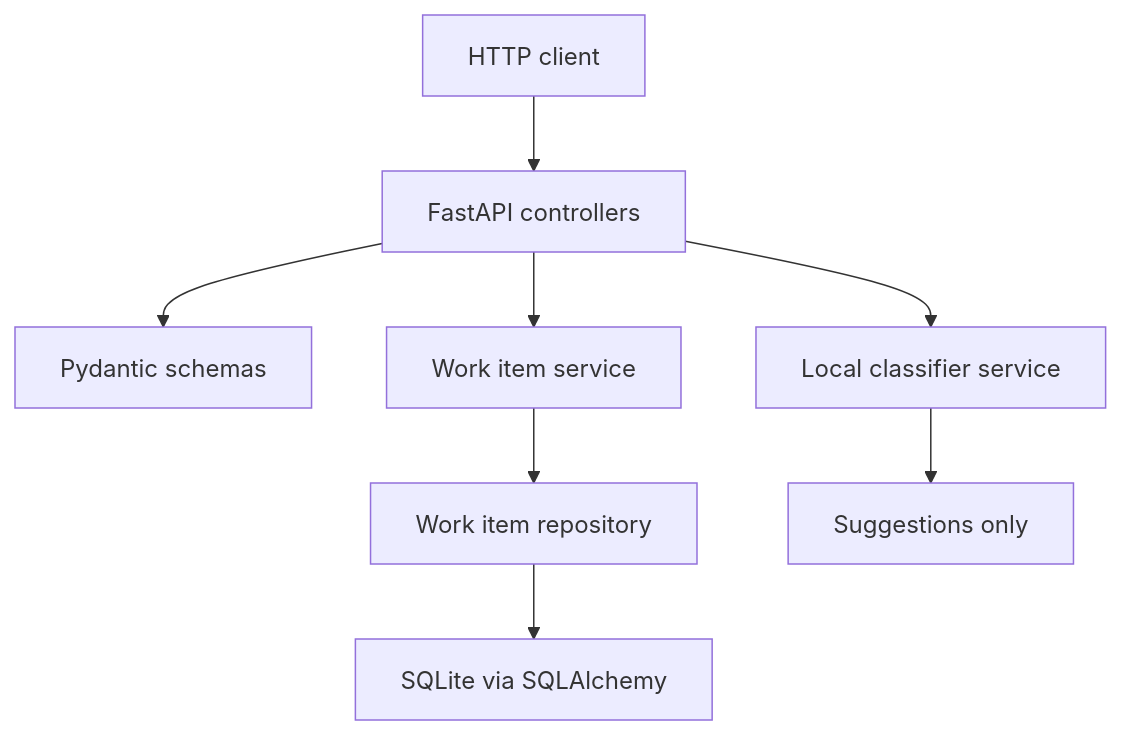
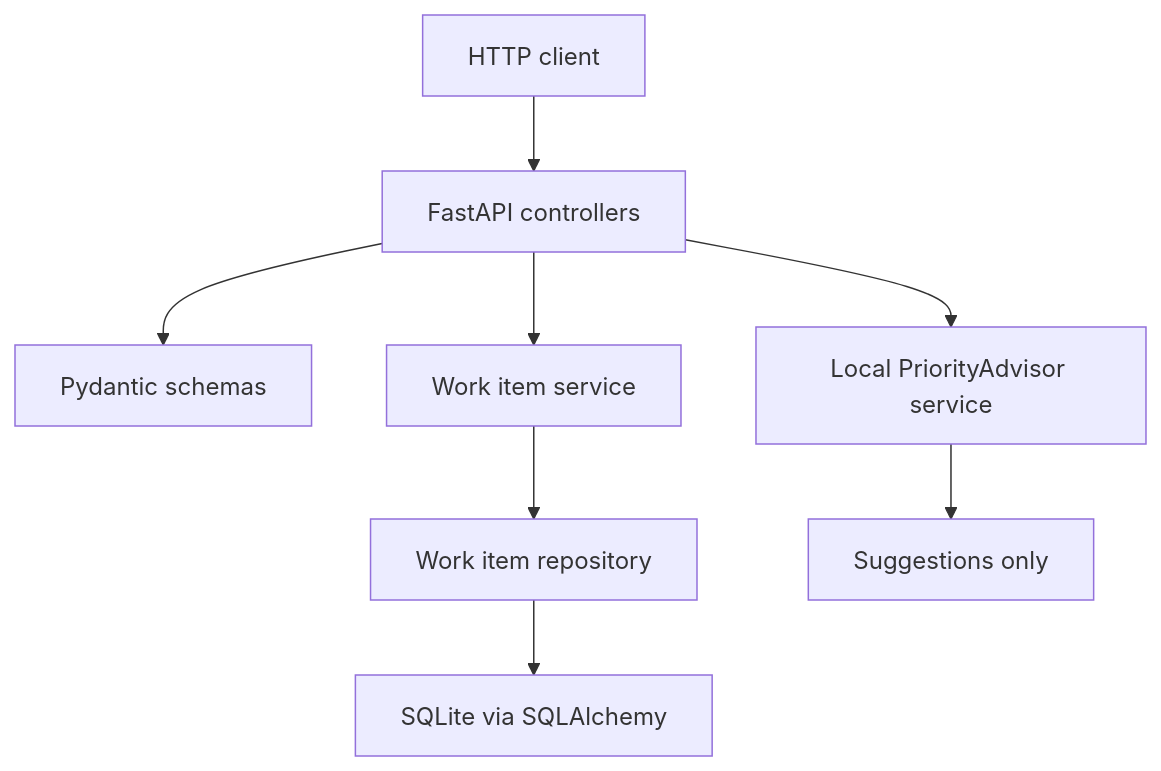
One commit to andredemari/micro-api-work-items changed the diagram in README.md. Above: the diagram before and after it, drawn with Mermaid. The commit also changed other lines of this file and 7 other files, not shown here.

Commit message:
refactor: rename classifier to priority advisor

````diff
--- a/README.md
+++ b/README.md
@@ -165,10 +165,10 @@
 ```mermaid
 flowchart TD
     Client["HTTP client"] --> Controllers["FastAPI controllers"]
     Controllers --> Schemas["Pydantic schemas"]
     Controllers --> Services["Work item service"]
     Services --> Repository["Work item repository"]
     Repository --> SQLite["SQLite via SQLAlchemy"]
-    Controllers --> Classifier["Local classifier service"]
-    Classifier --> Suggestions["Suggestions only"]
+    Controllers --> Advisor["Local PriorityAdvisor service"]
+    Advisor --> Suggestions["Suggestions only"]
 ```
````
